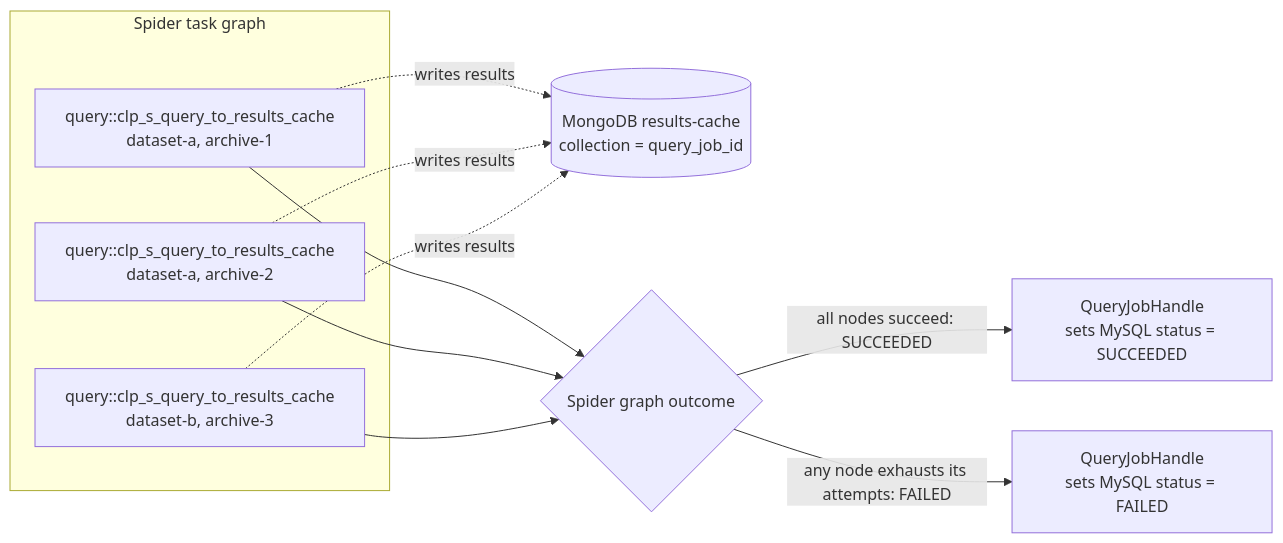
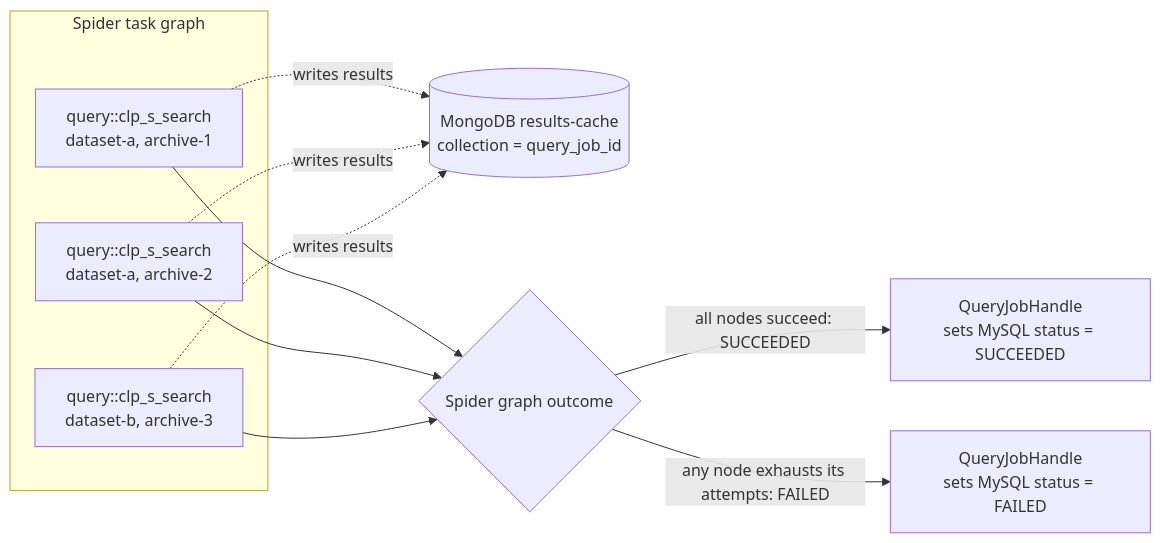
One commit to Bill-hbrhbr/personal-yscope-docs changed the diagram in query-coordinator/query-tdl-rfc.md. Above: the diagram before and after it, drawn with Mermaid. The commit also changed other lines of this file and 1 other file, not shown here.

````diff
--- a/query-coordinator/query-tdl-rfc.md
+++ b/query-coordinator/query-tdl-rfc.md
@@ -309,23 +315,23 @@
 ```mermaid
 flowchart LR
     subgraph task_graph["Spider task graph"]
-        Q1["query::clp_s_query_to_results_cache<br/>dataset-a, archive-1"]
-        Q2["query::clp_s_query_to_results_cache<br/>dataset-a, archive-2"]
-        Q3["query::clp_s_query_to_results_cache<br/>dataset-b, archive-3"]
+        Q1["query::clp_s_search<br/>dataset-a, archive-1"]
+        Q2["query::clp_s_search<br/>dataset-a, archive-2"]
+        Q3["query::clp_s_search<br/>dataset-b, archive-3"]
     end
 
     RC[("MongoDB results-cache<br/>collection = query_job_id")]
     O{"Spider graph outcome"}
     S["QueryJobHandle<br/>sets MySQL status = SUCCEEDED"]
     F["QueryJobHandle<br/>sets MySQL status = FAILED"]
 
     Q1 -. writes results .-> RC
     Q2 -. writes results .-> RC
     Q3 -. writes results .-> RC
 
     Q1 --> O
     Q2 --> O
     Q3 --> O
     O -->|all nodes succeed: SUCCEEDED| S
     O -->|any node exhausts its attempts: FAILED| F
 ```
````
